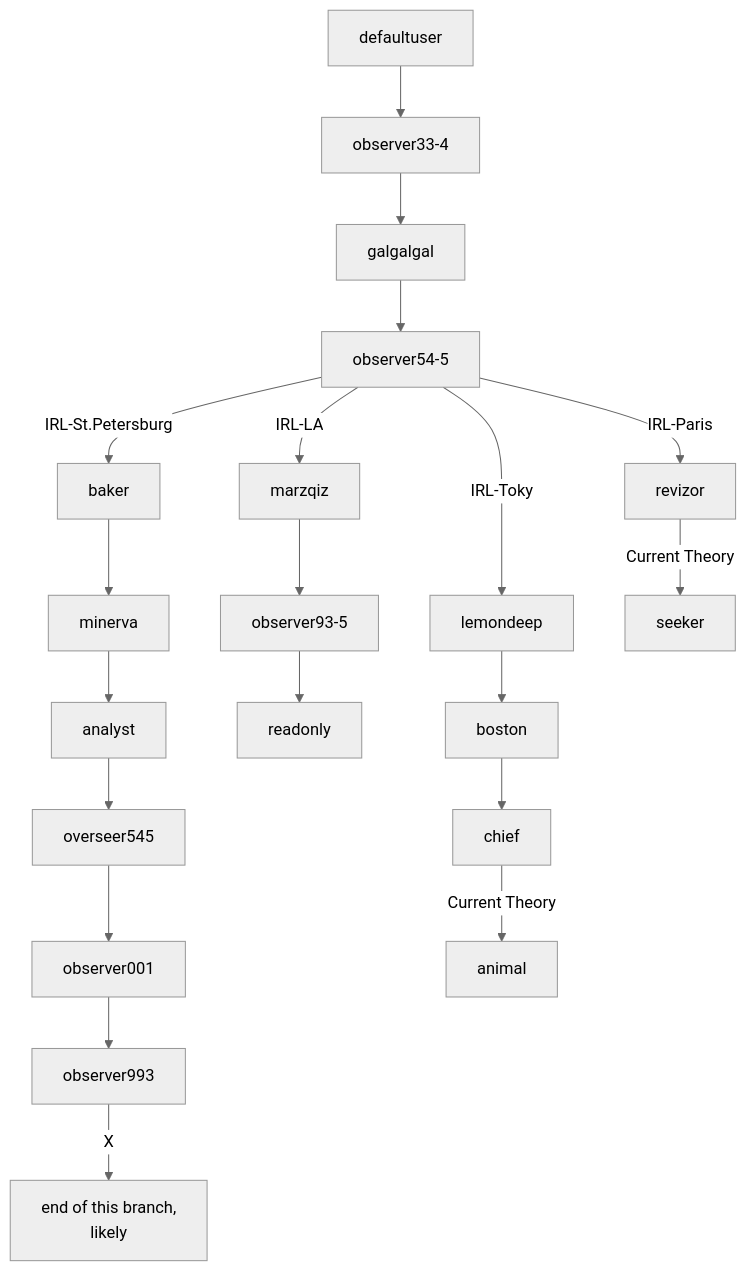
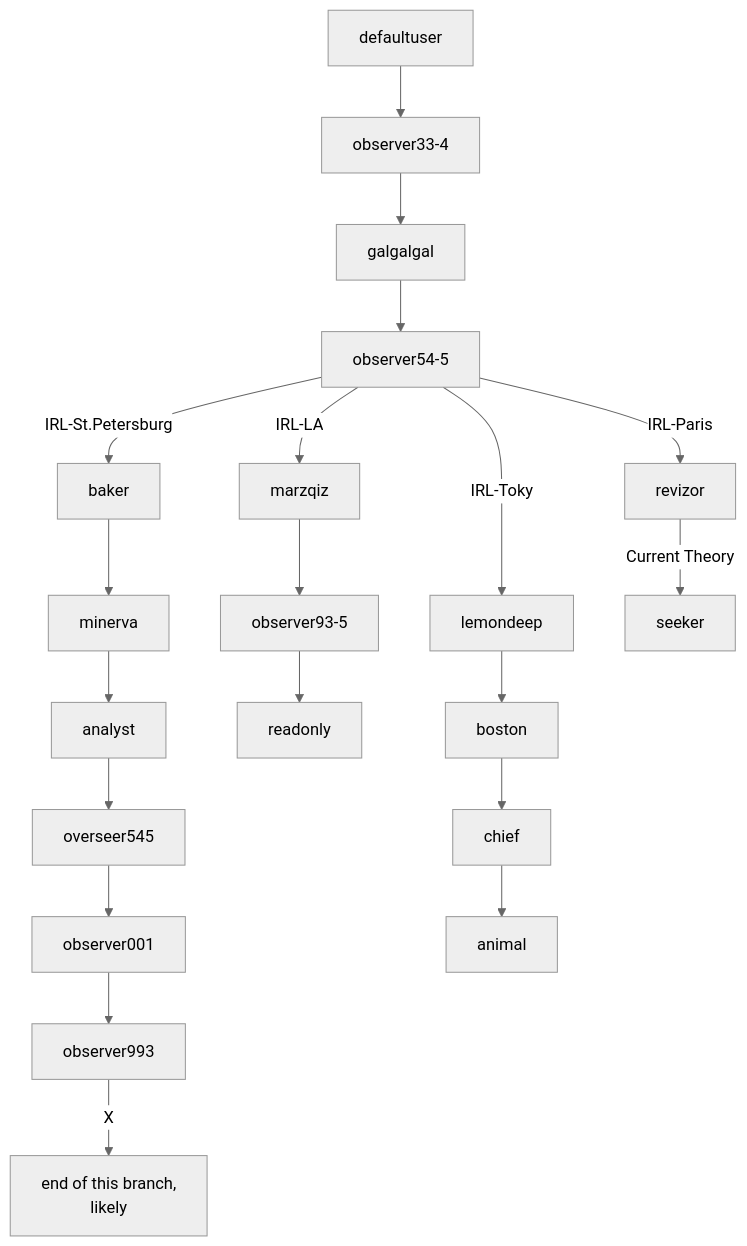
The diagram in README.md (Philsie/ARRS-documentation), drawn with Mermaid (neutral theme) before and after one commit. The commit also changed other lines of this file, not shown here.

````diff
--- a/README.md
+++ b/README.md
@@ -26,22 +27,22 @@
 ```mermaid
 graph TD;
     defaultuser-->observer33-4;
     observer33-4-->galgalgal;
     galgalgal-->observer54-5;
     observer54-5--IRL-Paris-->revizor;
     observer54-5--IRL-LA-->marzqiz;
     observer54-5--IRL-St.Petersburg-->baker;
     observer54-5--IRL-Tokyo-->lemondeep;
     baker-->minerva;
     minerva-->analyst;
     analyst-->overseer545;
     overseer545-->observer001;
     observer001-->observer993;
     observer993--X-->russiaEnd["end of this branch,\n likely"];
     marzqiz-->observer93-5;
     observer93-5-->readonly;
     revizor--Current Theory-->seeker;
     lemondeep-->boston;
     boston-->chief;
-    chief--Current Theory-->animal;
+    chief-->animal;
 ```
````
